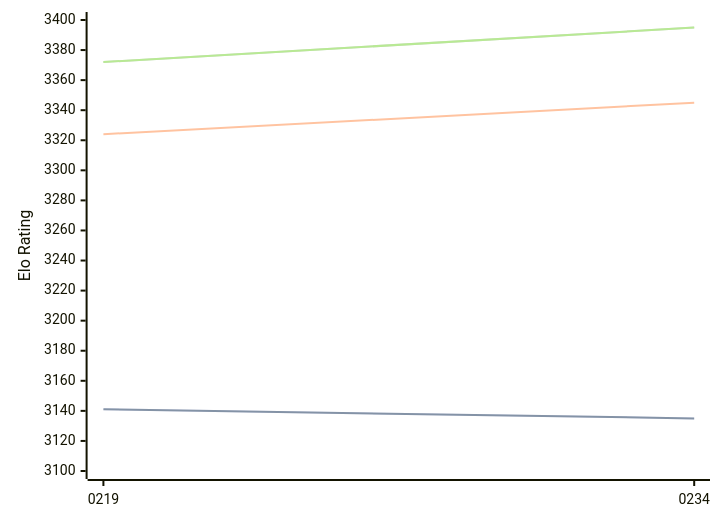
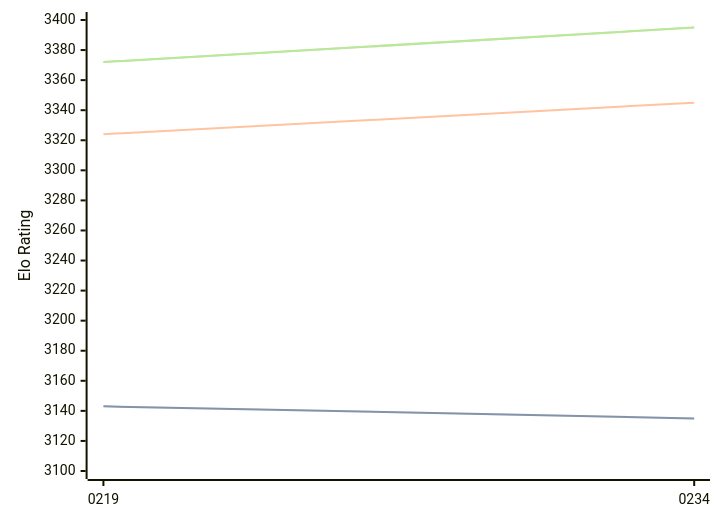
The diagram in engines/Ynode.md (computer-chess-index/cci), drawn with Mermaid before and after one commit. The commit also changed other lines of this file, not shown here.

````diff
--- a/engines/Ynode.md
+++ b/engines/Ynode.md
@@ -32,11 +32,11 @@
 ```mermaid
 %%{init: {"theme":"base","themeVariables":{"seriesColors:['#a3a3a3','#222221','#faa371']}}}%%
 xychart-beta
   x-axis ["0219", "0234"]
   y-axis "Elo Rating" 3100 --> 3400
-  line "" [3141, 3135]
-  line "STC (8.0+0.08s)" [3141, 3135]
+  line "" [3143, 3135]
+  line "STC (8.0+0.08s)" [3143, 3135]
   line "LTC (60.0+0.60s)" [3324, 3345]
   line "" [3372, 3395]
   line "VLTC (2m24s+1.12s)" [3372, 3395]
 ```
````
